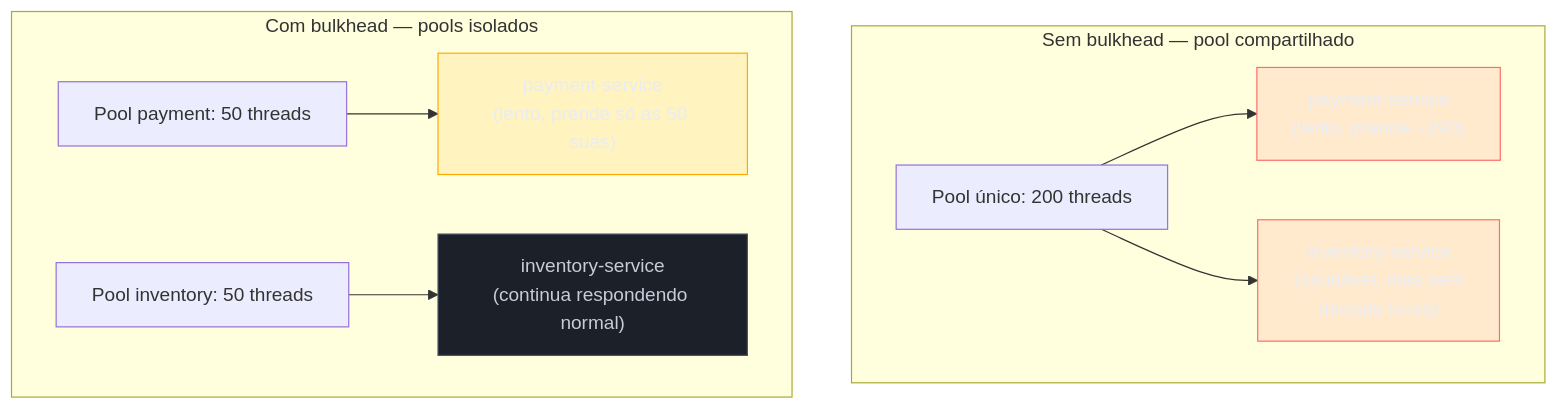
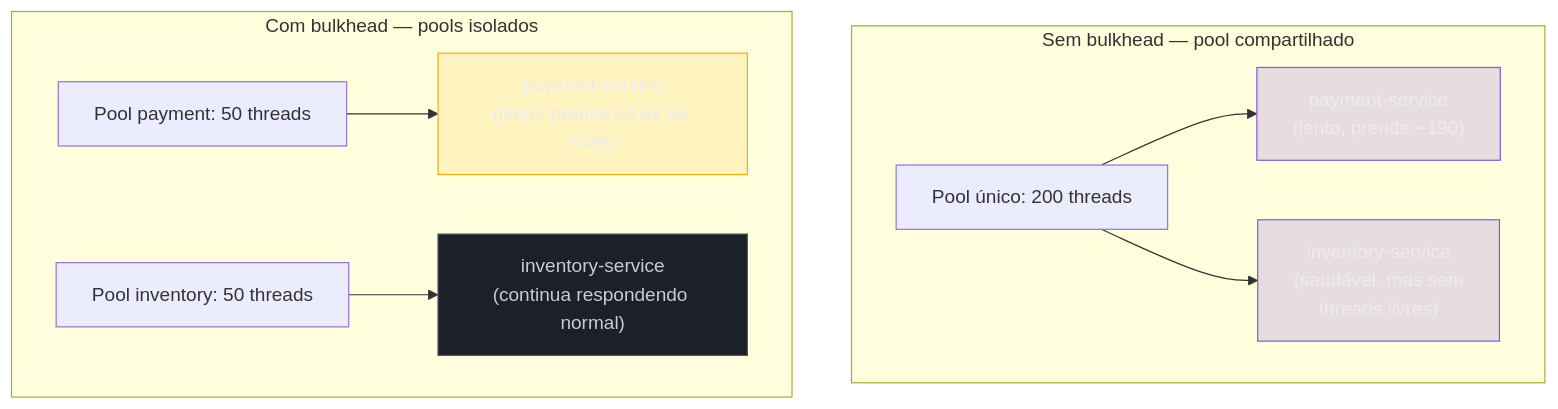
The fourth of 4 diagrams in 03-Dominios/Engenharia/Arquitetura/System Design/3 - Padrões recorrentes/05 - Circuit Breaker e resiliência.md (josenaldo/codex-technomanticus), drawn with Mermaid before and after one commit. The commit also changed other lines of this file and 601 other files, not shown here.

````diff
--- a/03-Dominios/Engenharia/Arquitetura/System Design/3 - Padrões recorrentes/05 - Circuit Breaker e resiliência.md
+++ b/03-Dominios/Engenharia/Arquitetura/System Design/3 - Padrões recorrentes/05 - Circuit Breaker e resiliência.md
@@ -165,19 +166,19 @@
 ```mermaid
 graph TD
-    classDef falha fill:#FF6B6B24,stroke:#FF6B6B,color:#E9ECF2
+    classDef marca fill:#8855DF33,stroke:#8855DF,color:#E9ECF2
     classDef destaque fill:#FFAA0024,stroke:#FFAA00,color:#E9ECF2
     classDef neutro fill:#1B2029,stroke:#4E5666,color:#C6CCD8
     subgraph "Sem bulkhead — pool compartilhado"
         POOL["Pool único: 200 threads"] --> PAY1["payment-service<br/>(lento, prende ~190)"]
         POOL --> INV1["inventory-service<br/>(saudável, mas sem<br/>threads livres)"]
     end
     subgraph "Com bulkhead — pools isolados"
         POOLPAY["Pool payment: 50 threads"] --> PAY2["payment-service<br/>(lento, prende só as 50 suas)"]
         POOLINV["Pool inventory: 50 threads"] --> INV2["inventory-service<br/>(continua respondendo normal)"]
     end
 
-    class PAY1 falha
-    class INV1 falha
+    class PAY1 marca
+    class INV1 marca
     class PAY2 destaque
     class INV2 neutro
 ```
````
